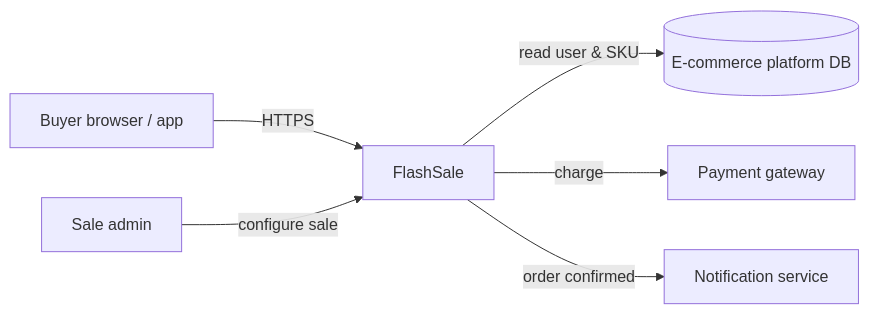
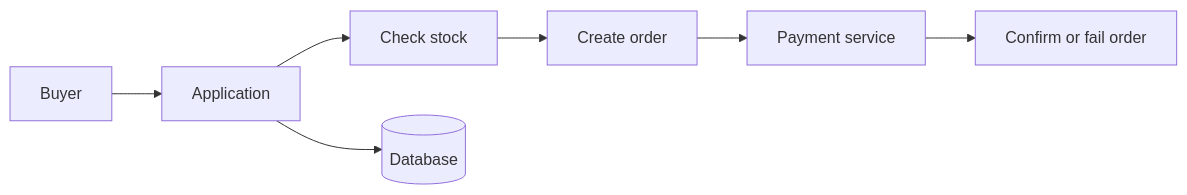
Before and after one commit to Iffrah992/Advanced-software-architecture-patterns: the third of 4 diagrams in srs.md, drawn with Mermaid. The commit also changed other lines of this file, not shown here.

````diff
--- a/srs.md
+++ b/srs.md
@@ -108,8 +497,9 @@
 ```mermaid
 flowchart LR
-    B[Buyer browser / app] -->|HTTPS| FS[FlashSale]
-    FS -->|read user & SKU| P[(E-commerce platform DB)]
-    FS -->|charge| PG[Payment gateway]
-    FS -->|order confirmed| N[Notification service]
-    A[Sale admin] -->|configure sale| FS
+    U[Buyer] --> A[Application]
+    A --> S[Check stock]
+    S --> O[Create order]
+    O --> P[Payment service]
+    P --> C[Confirm or fail order]
+    A --> D[(Database)]
 ```
````
